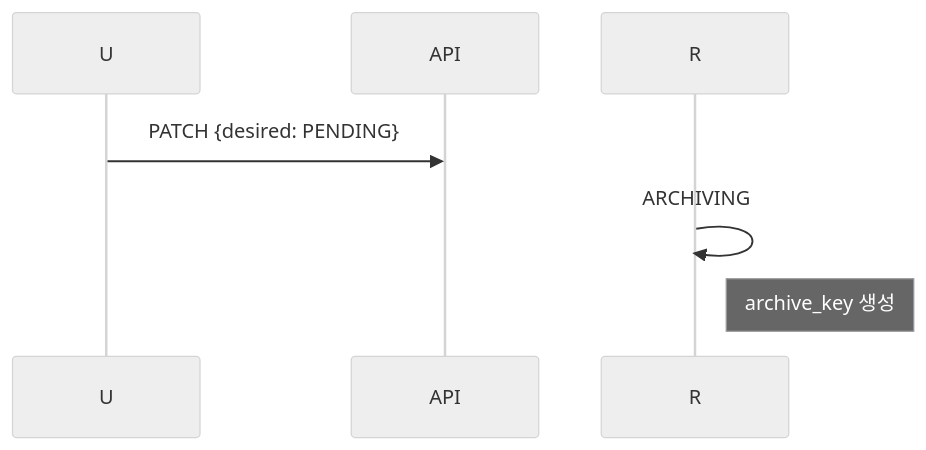
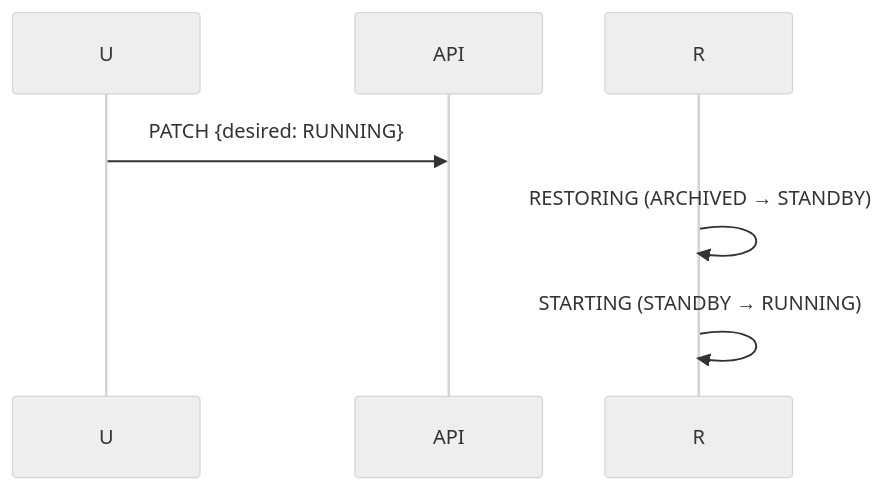
One commit to cagojeiger/code-hub changed the seventh of 7 diagrams in docs/spec_v2/02-states.md. Above: the diagram before and after it, drawn with Mermaid (neutral theme). The commit also changed other lines of this file and 2 other files, not shown here.

````diff
--- a/docs/spec_v2/02-states.md
+++ b/docs/spec_v2/02-states.md
@@ -230,6 +277,6 @@
 ```mermaid
 sequenceDiagram
-    U->>API: PATCH {desired: PENDING}
-    R->>R: ARCHIVING
-    Note right of R: archive_key 생성
+    U->>API: PATCH {desired: RUNNING}
+    R->>R: RESTORING (ARCHIVED → STANDBY)
+    R->>R: STARTING (STANDBY → RUNNING)
 ```
````
